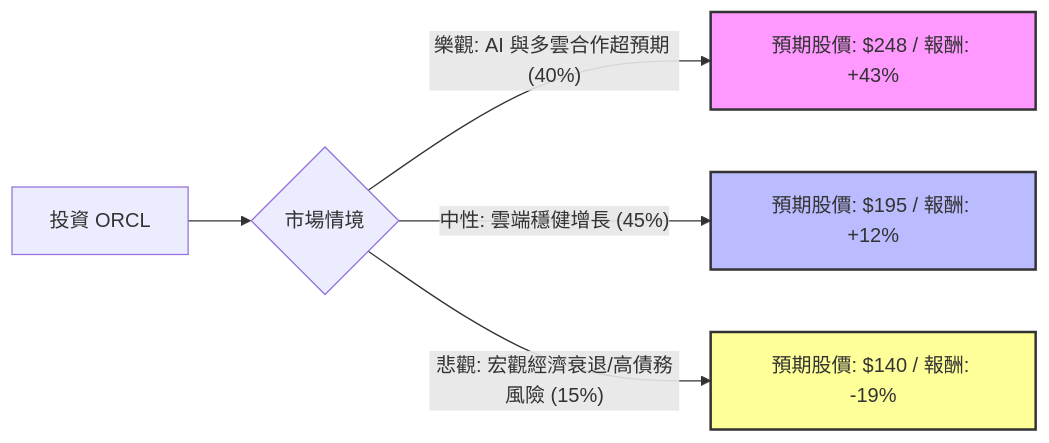
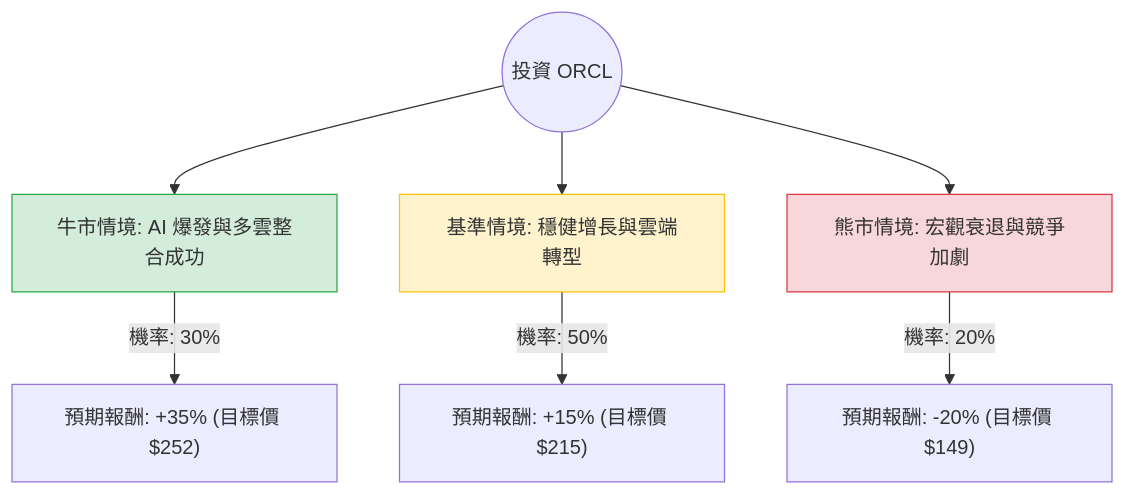
The diagram in plugin-react/ai-analysis/ev-analysis/ORCL.md (zmcx16/zmcx16.github.io), drawn with Mermaid before and after one commit. The commit also changed other lines of this file and 82 other files, not shown here.

````diff
--- a/plugin-react/ai-analysis/ev-analysis/ORCL.md
+++ b/plugin-react/ai-analysis/ev-analysis/ORCL.md
@@ -21,12 +20,14 @@
 ```mermaid
-graph LR
-    A[投資 ORCL] --> B{市場情境}
-    
-    B -- 樂觀: AI 與多雲合作超預期 (40%) --> C[預期股價: $248 / 報酬: +43%]
-    B -- 中性: 雲端穩健增長 (45%) --> D[預期股價: $195 / 報酬: +12%]
-    B -- 悲觀: 宏觀經濟衰退/高債務風險 (15%) --> E[預期股價: $140 / 報酬: -19%]
+graph TD
+    Start((投資 ORCL)) --> Bull[牛市情境: AI 爆發與多雲整合成功]
+    Start --> Base[基準情境: 穩健增長與雲端轉型]
+    Start --> Bear[熊市情境: 宏觀衰退與競爭加劇]
 
-    style C fill:#f9f,stroke:#333,stroke-width:2px
-    style D fill:#bbf,stroke:#333,stroke-width:2px
-    style E fill:#ff9,stroke:#333,stroke-width:2px
+    Bull -- "機率: 30%" --> BullVal["預期報酬: +35% (目標價 $252)"]
+    Base -- "機率: 50%" --> BaseVal["預期報酬: +15% (目標價 $215)"]
+    Bear -- "機率: 20%" --> BearVal["預期報酬: -20% (目標價 $149)"]
+
+    style Bull fill:#d4edda,stroke:#28a745
+    style Base fill:#fff3cd,stroke:#ffc107
+    style Bear fill:#f8d7da,stroke:#dc3545
 ```
````
